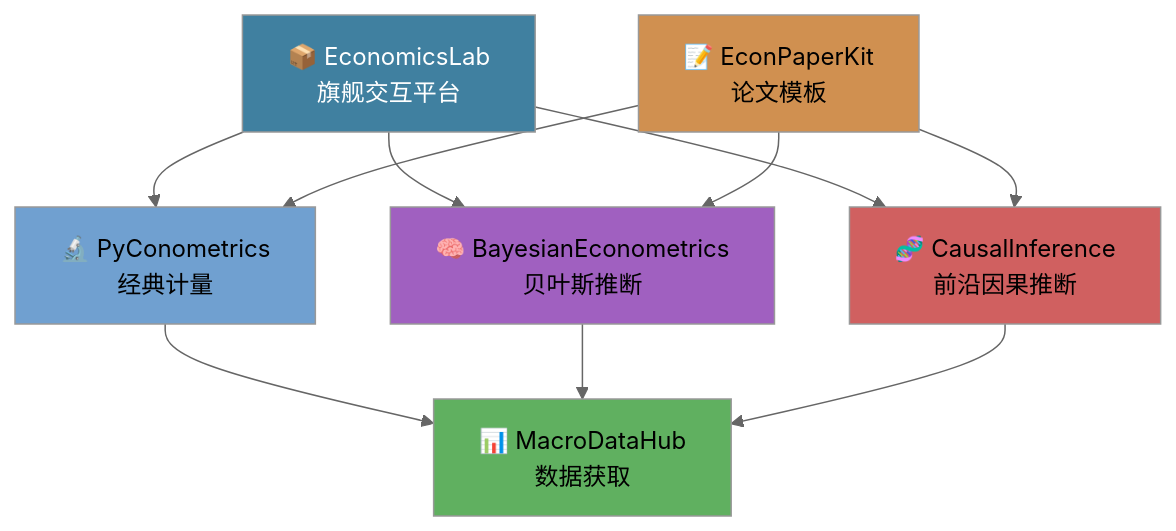
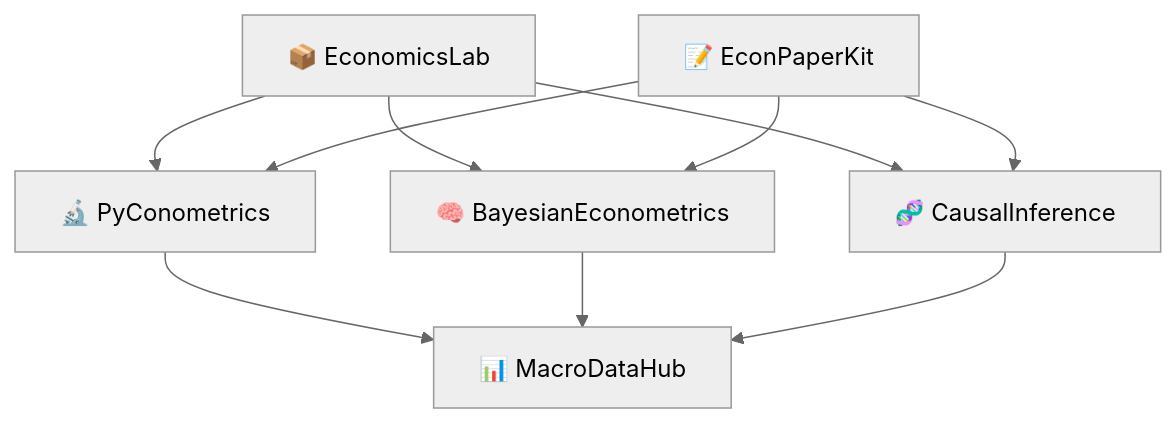
One commit to wzx11223344/wzx11223344 changed the diagram in README.md. Above: the diagram before and after it, drawn with Mermaid (neutral theme). The commit also changed other lines of this file, not shown here.

````diff
--- a/README.md
+++ b/README.md
@@ -153,18 +129,12 @@
 ```mermaid
 graph TB
-    D[📦 EconomicsLab<br/>旗舰交互平台] --> P[🔬 PyConometrics<br/>经典计量]
-    D --> B[🧠 BayesianEconometrics<br/>贝叶斯推断]
-    D --> C[🧬 CausalInference<br/>前沿因果推断]
-    P --> M[📊 MacroDataHub<br/>数据获取]
+    D[📦 EconomicsLab] --> P[🔬 PyConometrics]
+    D --> B[🧠 BayesianEconometrics]
+    D --> C[🧬 CausalInference]
+    P --> M[📊 MacroDataHub]
     B --> M
     C --> M
-    E[📝 EconPaperKit<br/>论文模板] --> P
+    E[📝 EconPaperKit] --> P
     E --> B
     E --> C
-    style D fill:#4080A0,color:#fff
-    style P fill:#70A0D0
-    style B fill:#A060C0
-    style C fill:#D06060
-    style M fill:#60B060
-    style E fill:#D09050
 ```
````
